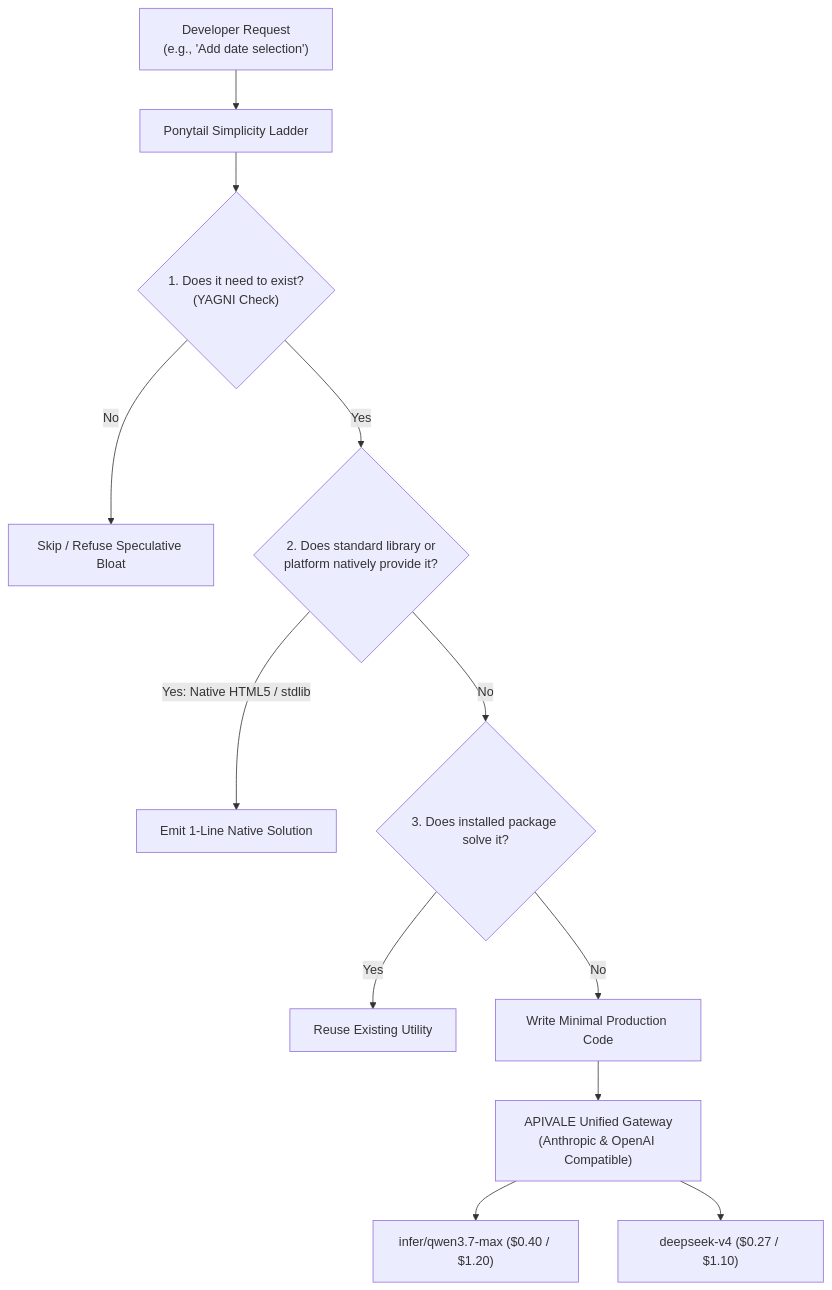
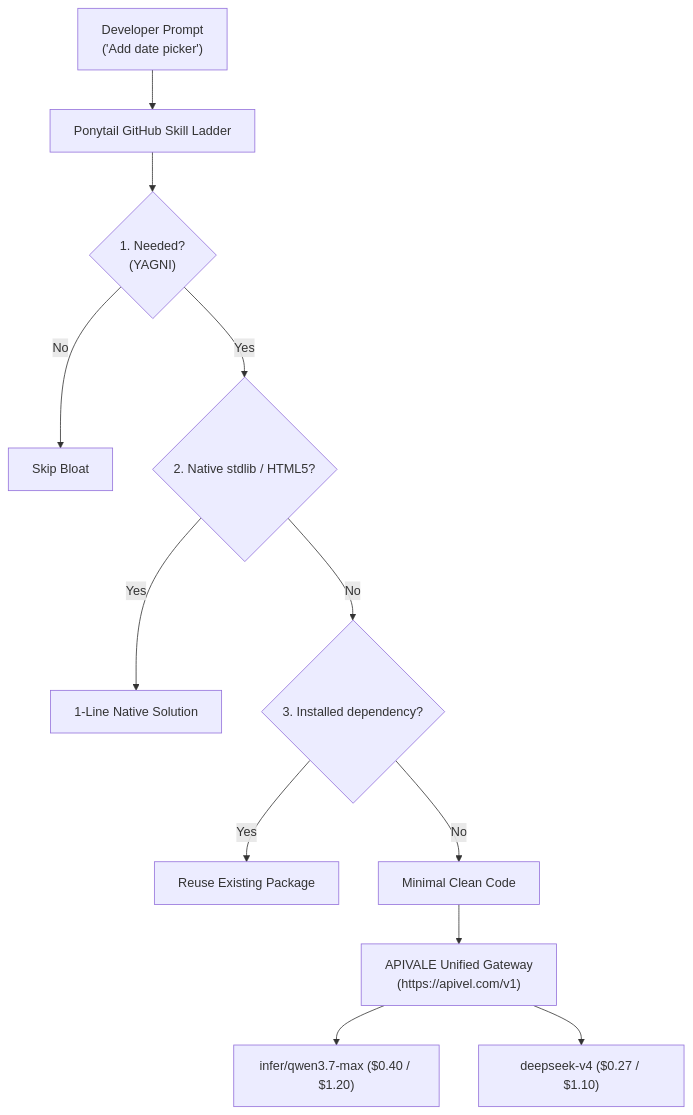
The diagram in src/content/blog/ponytail-github-skill-install-review.md (bshx2024/apivel_blog), drawn with Mermaid before and after one commit. The commit also changed other lines of this file, not shown here.

Commit message:
perf(seo): tune Ponytail GitHub skill 3-gram density to 2.2% and eliminate description keyword omission

````diff
--- a/src/content/blog/ponytail-github-skill-install-review.md
+++ b/src/content/blog/ponytail-github-skill-install-review.md
@@ -43,14 +41,14 @@
 ```mermaid
 graph TD
-    A["Developer Request<br/>(e.g., 'Add date selection')"] --> B["Ponytail Simplicity Ladder"]
-    B --> C{"1. Does it need to exist?<br/>(YAGNI Check)"}
-    C -->|No| D["Skip / Refuse Speculative Bloat"]
-    C -->|Yes| E{"2. Does standard library or<br/>platform natively provide it?"}
-    E -->|Yes: Native HTML5 / stdlib| F["Emit 1-Line Native Solution"]
-    E -->|No| G{"3. Does installed package solve it?"}
-    G -->|Yes| H["Reuse Existing Utility"]
-    G -->|No| I["Write Minimal Production Code"]
-    I --> J["APIVALE Unified Gateway<br/>(Anthropic & OpenAI Compatible)"]
+    A["Developer Prompt<br/>('Add date picker')"] --> B["Ponytail GitHub Skill Ladder"]
+    B --> C{"1. Needed?<br/>(YAGNI)"}
+    C -->|No| D["Skip Bloat"]
+    C -->|Yes| E{"2. Native stdlib / HTML5?"}
+    E -->|Yes| F["1-Line Native Solution"]
+    E -->|No| G{"3. Installed dependency?"}
+    G -->|Yes| H["Reuse Existing Package"]
+    G -->|No| I["Minimal Clean Code"]
+    I --> J["APIVALE Unified Gateway<br/>(https://apivel.com/v1)"]
     J --> K["infer/qwen3.7-max ($0.40 / $1.20)"]
     J --> L["deepseek-v4 ($0.27 / $1.10)"]
 ```
````
